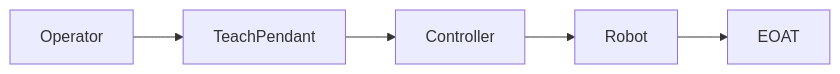
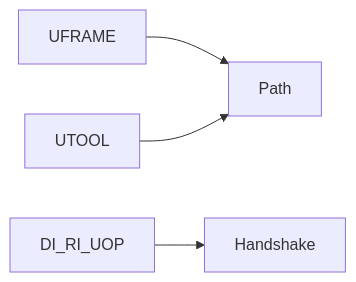
Before and after one commit to girijashankarj/garry-tj-robo-journey: the diagram in docs/fanuc/io-frames-tools/overview.md, drawn with Mermaid. The commit also changed other lines of this file and 70 other files, not shown here.

````diff
--- a/docs/fanuc/io-frames-tools/overview.md
+++ b/docs/fanuc/io-frames-tools/overview.md
@@ -18,9 +22,9 @@
 ```mermaid
 flowchart LR
-  operator[Operator]
-  pendant[TeachPendant]
-  controller[Controller]
-  robot[Robot]
-  eot[EOAT]
-  operator --> pendant --> controller --> robot --> eot
+  uf[UFRAME]
+  ut[UTOOL]
+  io[DI_RI_UOP]
+  uf --> path[Path]
+  ut --> path
+  io --> handshake[Handshake]
 ```
````
